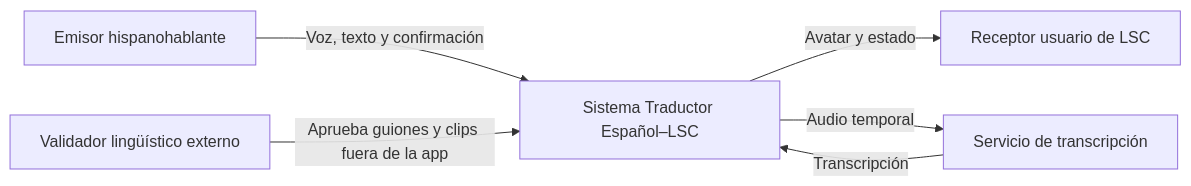
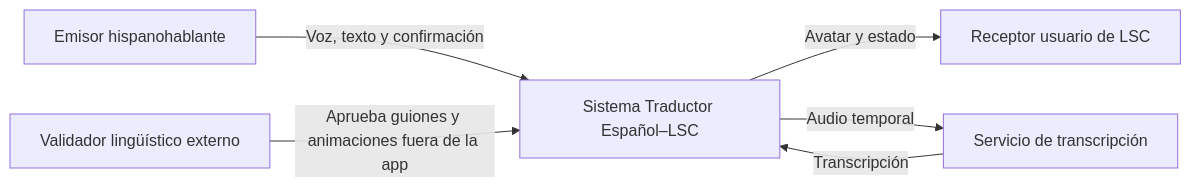
The first of 2 diagrams in docs/06-arquitectura/arquitectura-c4.md (JhonatanC4STRO/NexoLSC), drawn with Mermaid before and after one commit. The commit also changed other lines of this file and 41 other files, not shown here.

````diff
--- a/docs/06-arquitectura/arquitectura-c4.md
+++ b/docs/06-arquitectura/arquitectura-c4.md
@@ -8,14 +8,14 @@
 ```mermaid
 flowchart LR
     Emisor[Emisor hispanohablante]
     Receptor[Receptor usuario de LSC]
     Sistema[Sistema Traductor Español–LSC]
-    STT[Servicio de transcripción]
+    TranscripcionAutomatica[Servicio de transcripción]
     Validador[Validador lingüístico externo]
 
     Emisor -->|Voz, texto y confirmación| Sistema
     Sistema -->|Avatar y estado| Receptor
-    Sistema -->|Audio temporal| STT
-    STT -->|Transcripción| Sistema
-    Validador -->|Aprueba guiones y clips fuera de la app| Sistema
+    Sistema -->|Audio temporal| TranscripcionAutomatica
+    TranscripcionAutomatica -->|Transcripción| Sistema
+    Validador -->|Aprueba guiones y animaciones fuera de la app| Sistema
 ```
````
